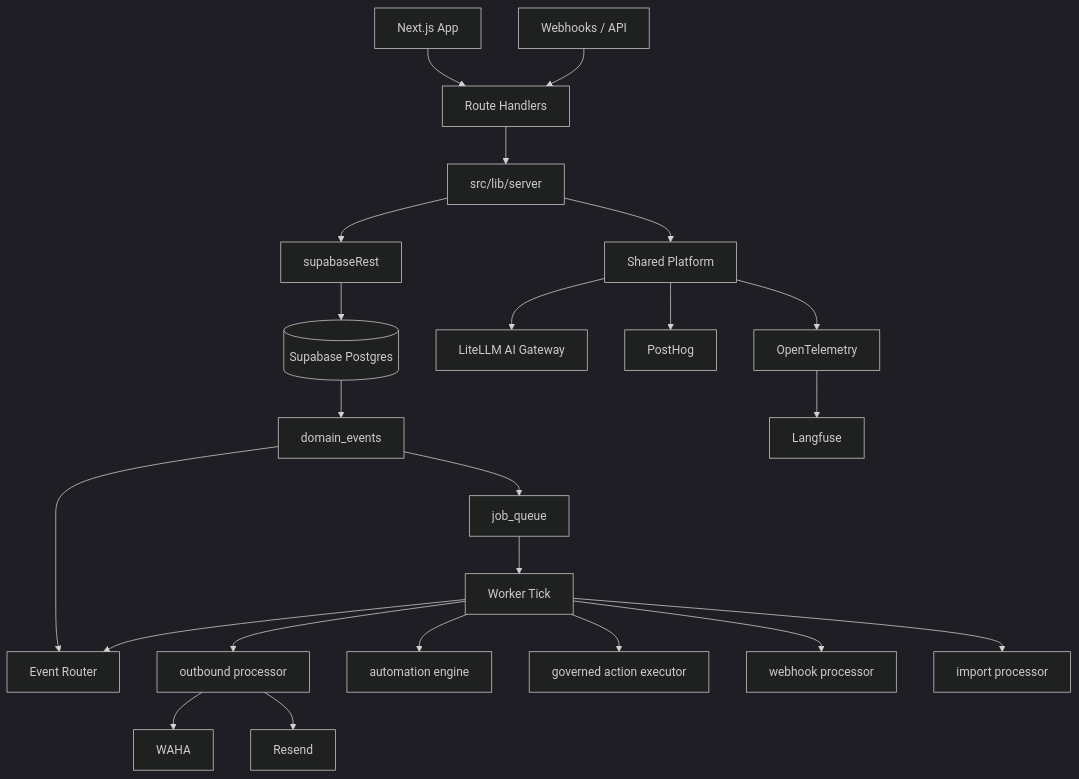
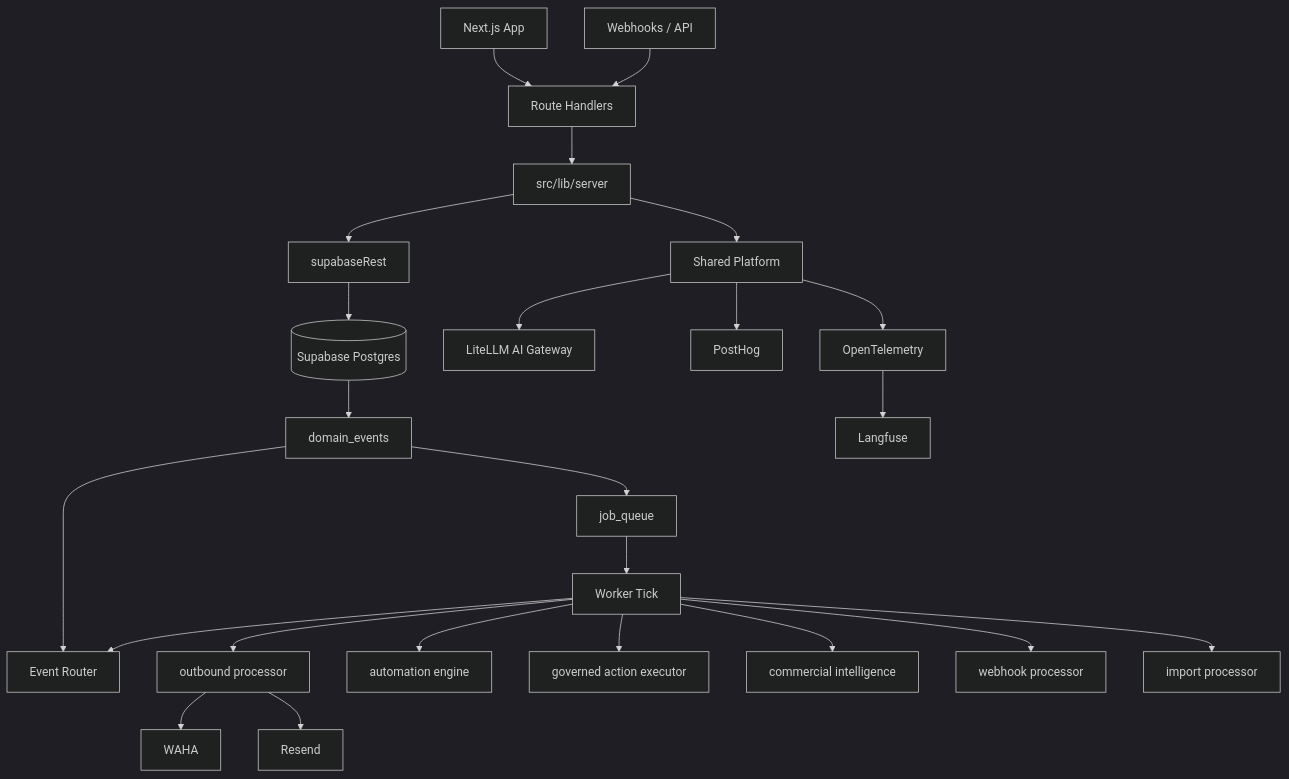
The seventh of 7 diagrams in docs/SYSTEM_MAP.md (andreydecorvital-sudo/CRM), drawn with Mermaid (dark theme) before and after one commit. The commit also changed other lines of this file and 18 other files, not shown here.

````diff
--- a/docs/SYSTEM_MAP.md
+++ b/docs/SYSTEM_MAP.md
@@ -257,29 +300,30 @@
 ```mermaid
 flowchart TB
   UI[Next.js App] --> ROUTES[Route Handlers]
   EXT[Webhooks / API] --> ROUTES
   ROUTES --> SERVICES[src/lib/server]
   SERVICES --> REST[supabaseRest]
   REST --> DB[(Supabase Postgres)]
 
   DB --> EVENTS[domain_events]
   EVENTS --> JOBS[job_queue]
   EVENTS --> ROUTER[Event Router]
   JOBS --> WORKER[Worker Tick]
 
   WORKER --> OUT[outbound processor]
   WORKER --> AUTO[automation engine]
   WORKER --> ROUTER
   WORKER --> EXEC[governed action executor]
+  WORKER --> INTEL[commercial intelligence]
   WORKER --> WEBHOOK[webhook processor]
   WORKER --> IMPORT[import processor]
 
   OUT --> WAHA[WAHA]
   OUT --> EMAIL[Resend]
 
   SERVICES --> PLATFORM[Shared Platform]
   PLATFORM --> AIGW[LiteLLM AI Gateway]
   PLATFORM --> PH[PostHog]
   PLATFORM --> OTEL[OpenTelemetry]
   OTEL --> LF[Langfuse]
 ```
````
